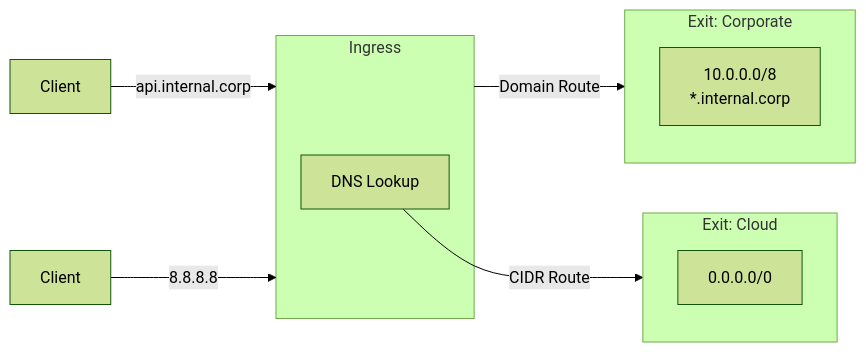
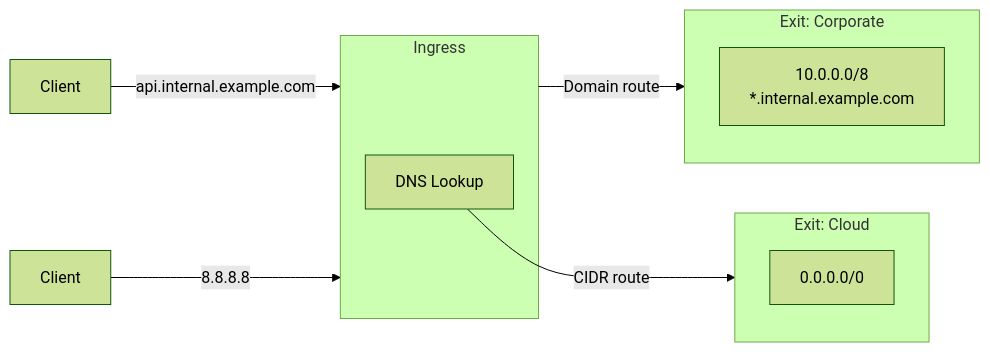
The first of 3 diagrams in docs/docs/concepts/routing.md (Muti-Metroo/Muti-Metroo), drawn with Mermaid (forest theme) before and after one commit. The commit also changed other lines of this file and 156 other files, not shown here.

````diff
--- a/docs/docs/concepts/routing.md
+++ b/docs/docs/concepts/routing.md
@@ -52,20 +32,20 @@
 ```mermaid
 flowchart LR
     subgraph Ingress
         DNS[DNS Lookup]
     end
 
     subgraph Exit1[Exit: Corporate]
-        R1["10.0.0.0/8<br/>*.internal.corp"]
+        R1["10.0.0.0/8<br/>*.internal.example.com"]
     end
 
     subgraph Exit2[Exit: Cloud]
         R2["0.0.0.0/0"]
     end
 
-    Client -->|"api.internal.corp"| Ingress
-    Ingress -->|Domain Route| Exit1
+    Client -->|"api.internal.example.com"| Ingress
+    Ingress -->|Domain route| Exit1
 
     Client2[Client] -->|"8.8.8.8"| Ingress
-    DNS -->|CIDR Route| Exit2
+    DNS -->|CIDR route| Exit2
 ```
````
